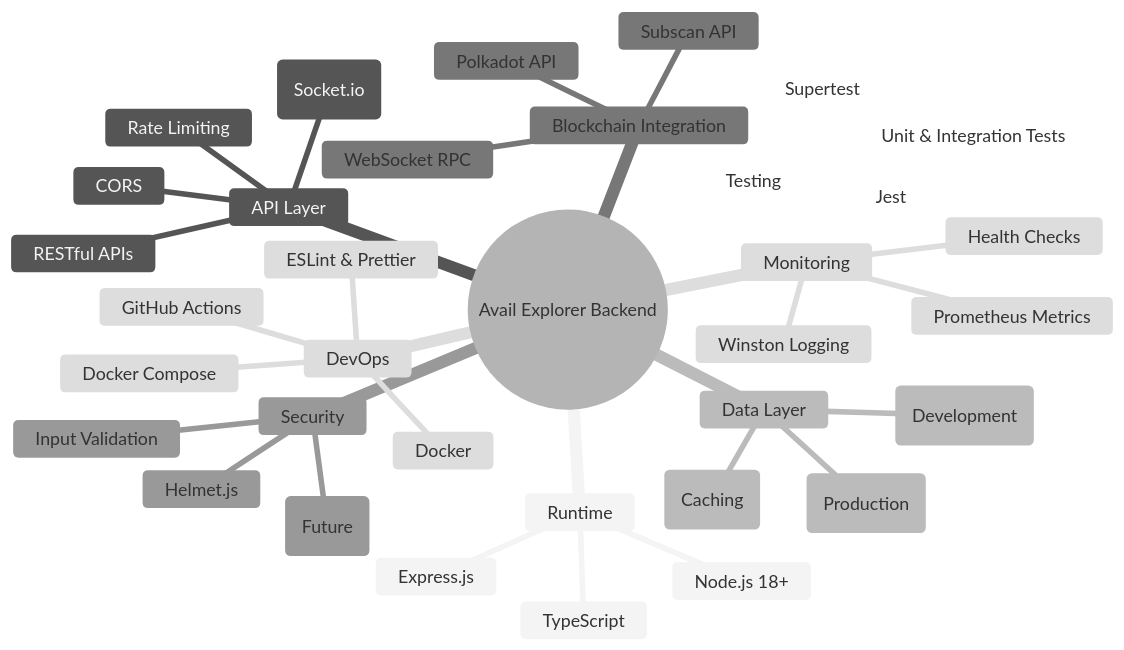
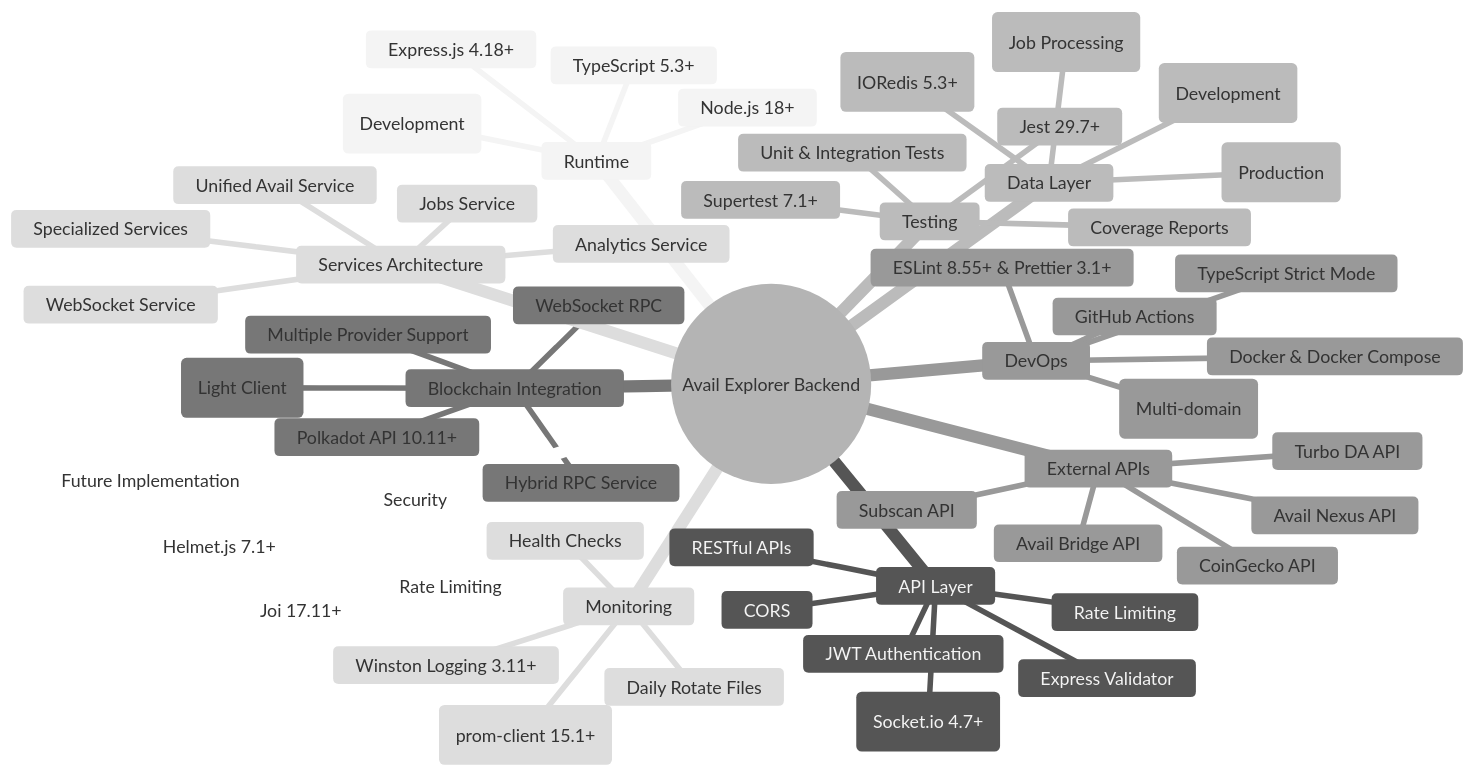
Before and after one commit to avail-dashboard/server: the fourth of 8 diagrams in AI Documentation/Project_Architecture_Diagram.md, drawn with Mermaid (neutral theme). The commit also changed other lines of this file, not shown here.

````diff
--- a/AI Documentation/Project_Architecture_Diagram.md
+++ b/AI Documentation/Project_Architecture_Diagram.md
@@ -233,38 +309,60 @@
 ```mermaid
 mindmap
   root((Avail Explorer Backend))
     Runtime
       Node.js 18+
-      TypeScript
-      Express.js
+      TypeScript 5.3+
+      Express.js 4.18+
+      tsx (Development)
     API Layer
       RESTful APIs
-      WebSocket (Socket.io)
+      WebSocket (Socket.io 4.7+)
       Rate Limiting
       CORS
+      JWT Authentication
+      Express Validator
     Data Layer
       SQLite (Development)
-      PostgreSQL (Production)
-      Redis (Caching)
+      PostgreSQL 15 (Production)
+      Redis 7 (IORedis 5.3+)
+      Bull Queue (Job Processing)
     Blockchain Integration
-      Polkadot API
+      Polkadot API 10.11+
+      Smoldot 2.0+ (Light Client)
       WebSocket RPC
+      Hybrid RPC Service
+      Multiple Provider Support
+    External APIs
       Subscan API
+      CoinGecko API
+      Turbo DA API
+      Avail Nexus API
+      Avail Bridge API
+    Services Architecture
+      Unified Avail Service
+      Specialized Services
+      Analytics Service
+      WebSocket Service
+      Jobs Service
     Security
-      Helmet.js
-      Input Validation
-      JWT (Future)
+      Helmet.js 7.1+
+      Input Validation (Joi 17.11+)
+      JWT (Future Implementation)
+      Rate Limiting
     Monitoring
-      Winston Logging
-      Prometheus Metrics
+      Winston Logging 3.11+
+      Daily Rotate Files
+      Prometheus Metrics (prom-client 15.1+)
       Health Checks
     Testing
-      Jest
-      Supertest
+      Jest 29.7+
+      Supertest 7.1+
       Unit & Integration Tests
+      Coverage Reports
     DevOps
-      Docker
-      Docker Compose
+      Docker & Docker Compose
+      Nginx (Multi-domain)
       GitHub Actions
-      ESLint & Prettier
+      ESLint 8.55+ & Prettier 3.1+
+      TypeScript Strict Mode
 ```
````
